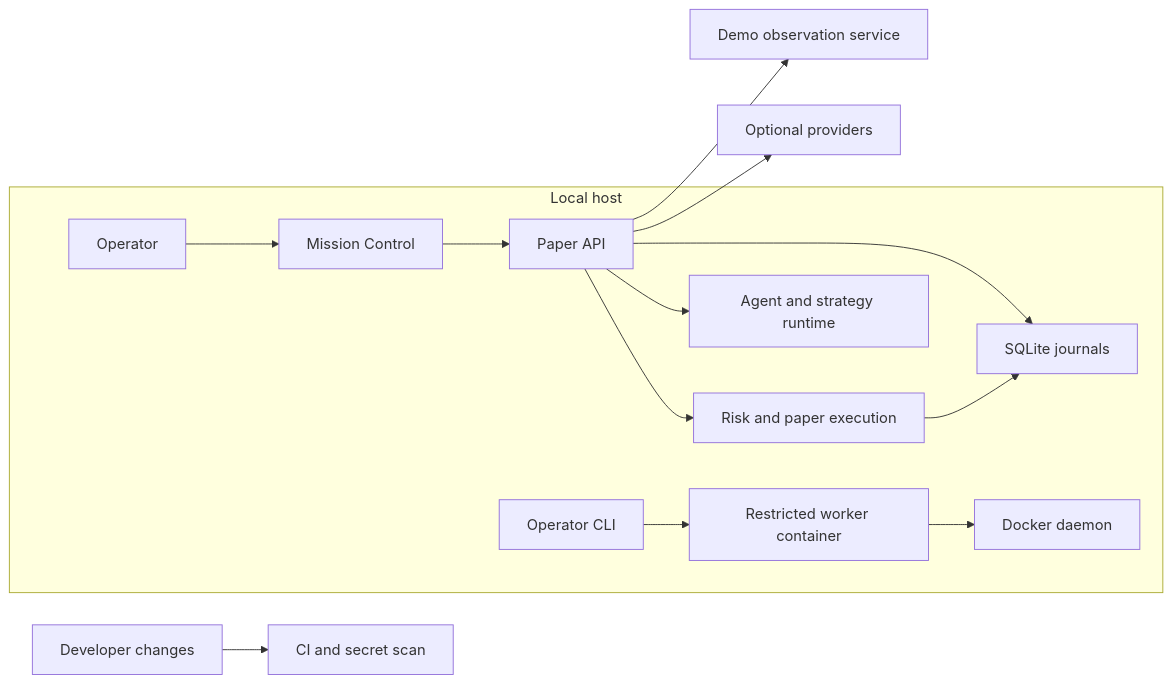
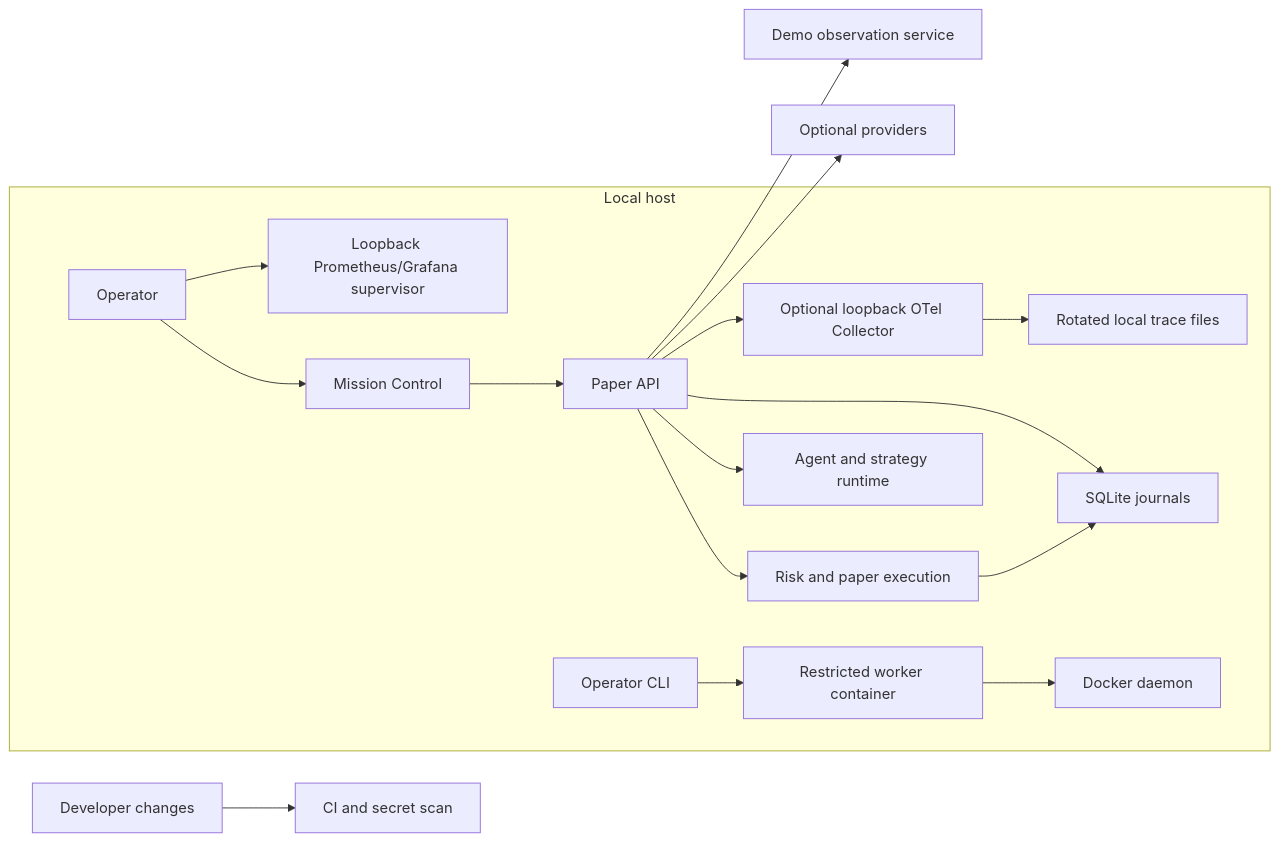
The diagram in AI_Quant_OS-threat-model.md (iamprateeknk-pixel/AI_Quant_OS), drawn with Mermaid before and after one commit. The commit also changed other lines of this file and 10 other files, not shown here.

Commit message:
Supervise opt-in local telemetry collector

````diff
--- a/AI_Quant_OS-threat-model.md
+++ b/AI_Quant_OS-threat-model.md
@@ -43,16 +45,19 @@
 ```mermaid
 flowchart LR
   subgraph local_host[Local host]
     OP["Operator"] --> UI["Mission Control"]
     UI --> API["Paper API"]
     API --> CTRL["Risk and paper execution"]
     API --> AG["Agent and strategy runtime"]
     CTRL --> DB["SQLite journals"]
     API --> DB
+    API --> COL["Optional loopback OTel Collector"]
+    COL --> TRACE["Rotated local trace files"]
+    OP --> OBS["Loopback Prometheus/Grafana supervisor"]
     CLI["Operator CLI"] --> WORKER["Restricted worker container"]
     WORKER --> DOCKER["Docker daemon"]
   end
   API --> PROVIDER["Optional providers"]
   API --> DEMO["Demo observation service"]
   DEV["Developer changes"] --> CI["CI and secret scan"]
 ```
````
